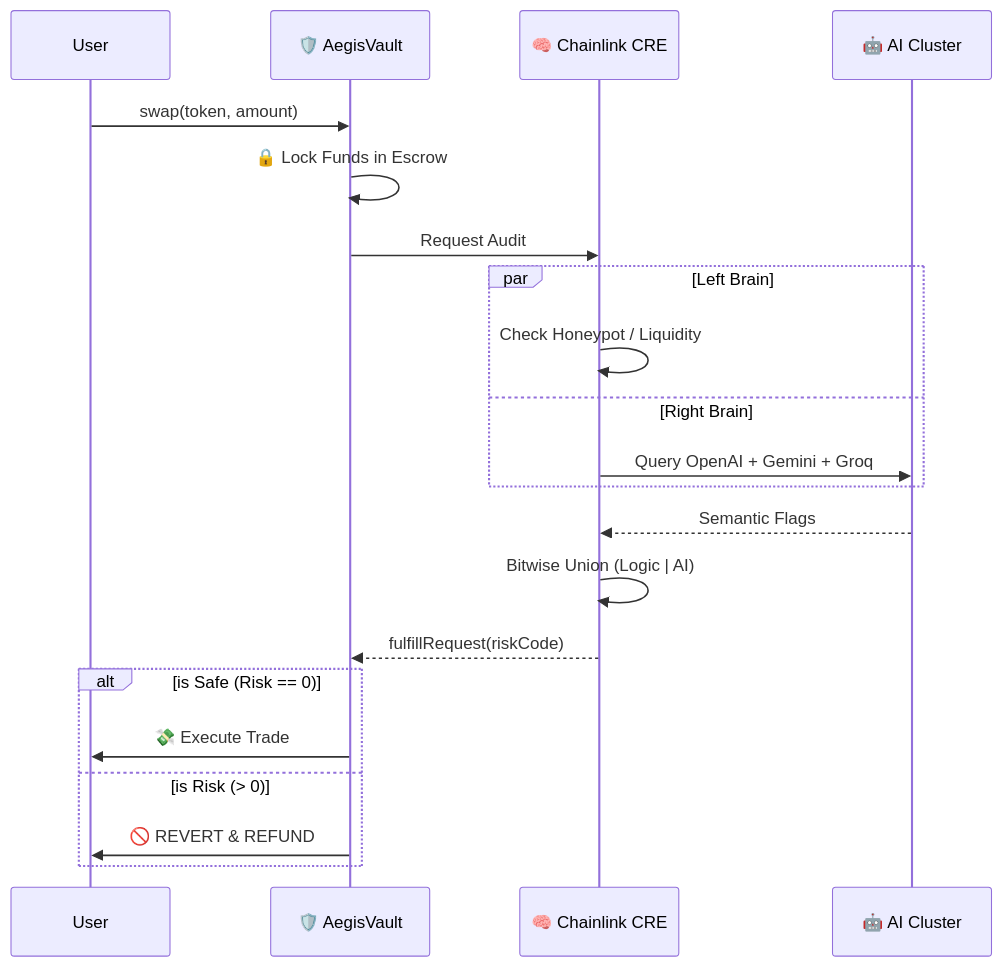
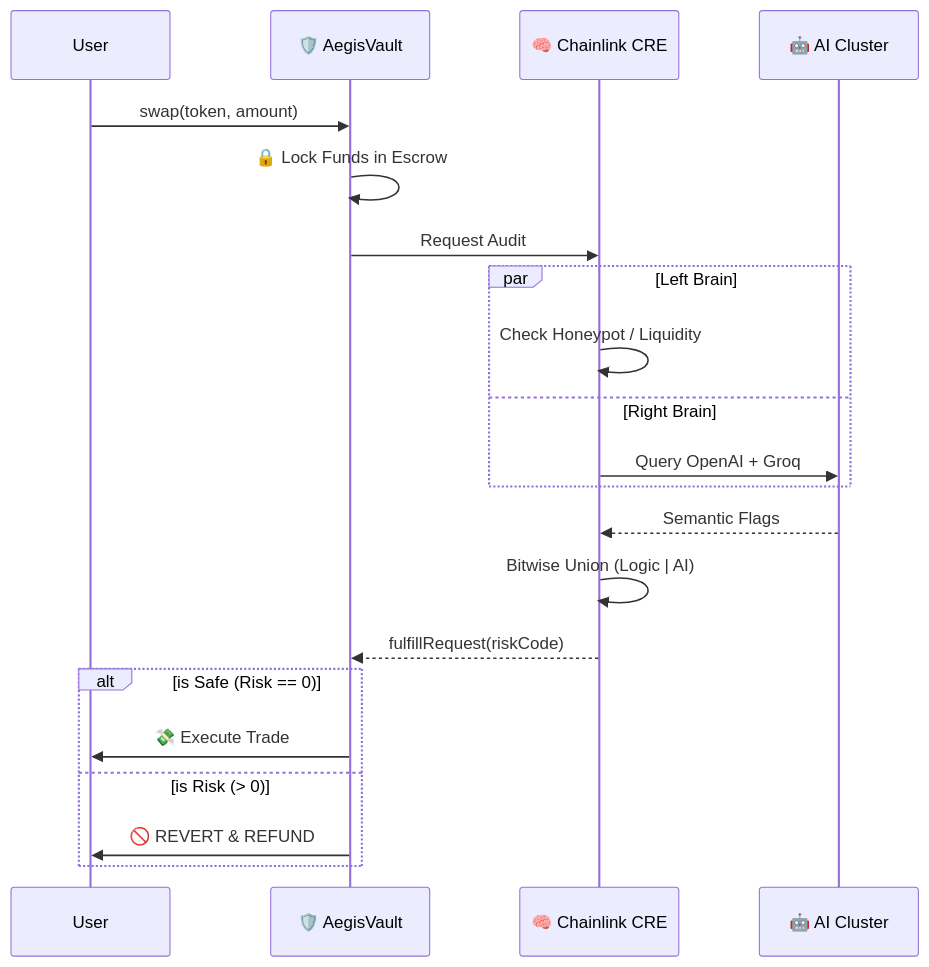
Before and after one commit to vjb/aegis-risk-oracle: the diagram in README.md, drawn with Mermaid. The commit also changed other lines of this file and 1 other file, not shown here.

Commit message:
docs: update READMEs to reflect Dual-Model architecture

````diff
--- a/README.md
+++ b/README.md
@@ -86,29 +86,29 @@
 ```mermaid
 sequenceDiagram
     participant User
     participant Vault as 🛡️ AegisVault
     participant CRE as 🧠 Chainlink CRE
     participant Models as 🤖 AI Cluster
 
     User->>Vault: swap(token, amount)
     Vault->>Vault: 🔒 Lock Funds in Escrow
     
     Vault->>CRE: Request Audit
     
     par Left Brain
         CRE->>CRE: Check Honeypot / Liquidity
     and Right Brain
-        CRE->>Models: Query OpenAI + Gemini + Groq
+        CRE->>Models: Query OpenAI + Groq
     end
     
     Models-->>CRE: Semantic Flags
     CRE->>CRE: Bitwise Union (Logic | AI)
     
     CRE-->>Vault: fulfillRequest(riskCode)
     
     alt is Safe (Risk == 0)
         Vault->>User: 💸 Execute Trade
     else is Risk (> 0)
         Vault->>User: 🚫 REVERT & REFUND
     end
 ```
````
